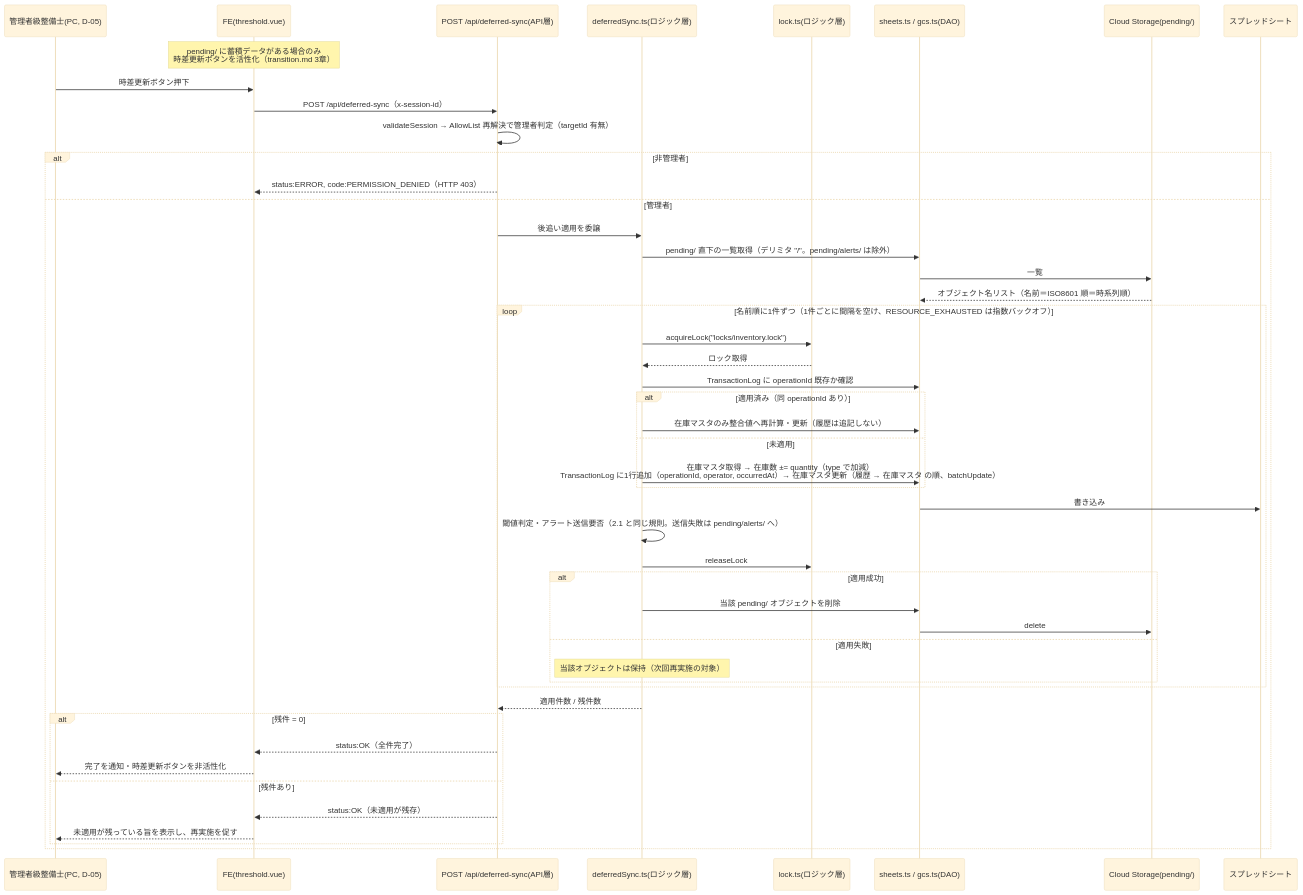
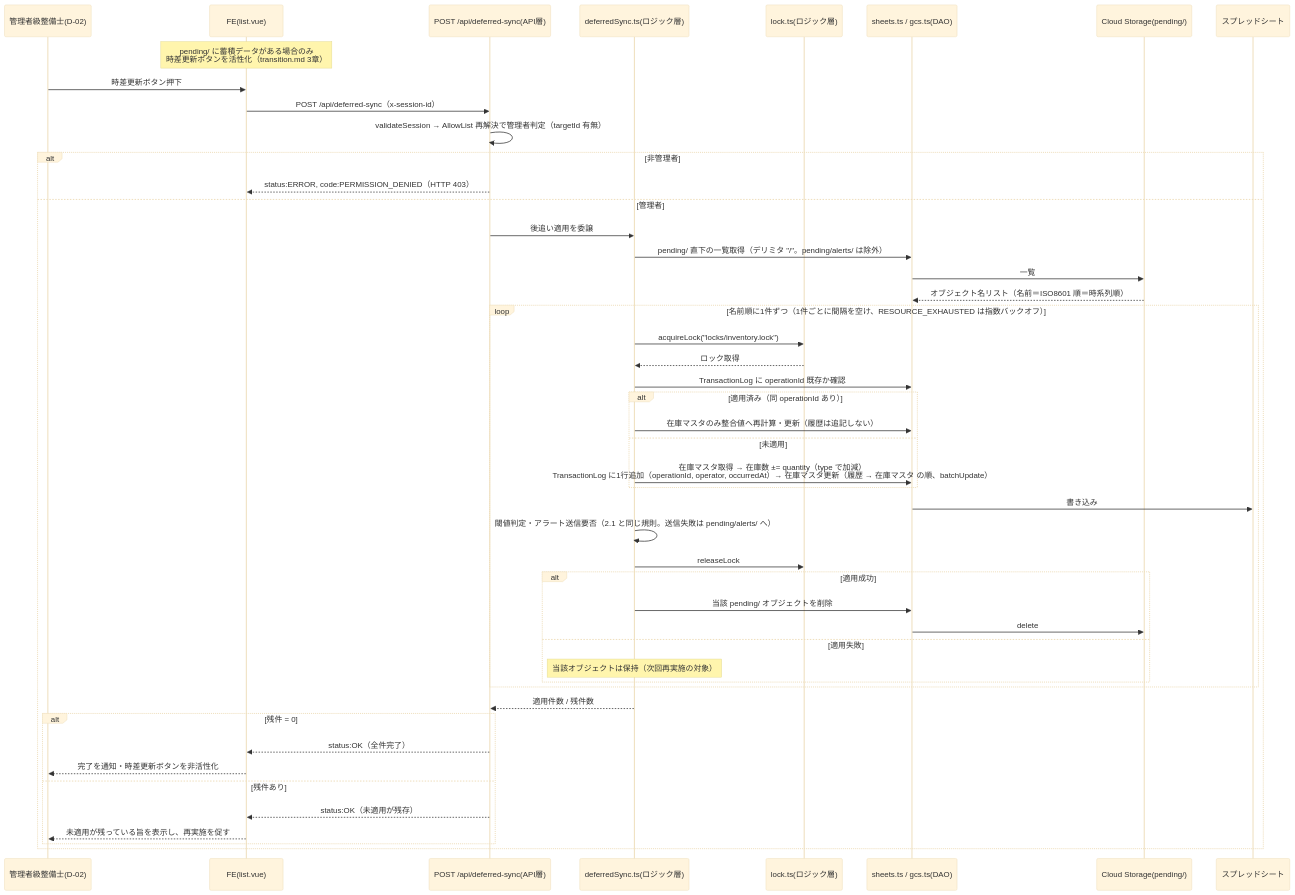
The fourth of 6 diagrams in docs/architecture/sequence.md (shinichi-yoshida-16/inventory_system_v2), drawn with Mermaid (base theme) before and after one commit. The commit also changed other lines of this file and 7 other files, not shown here.

````diff
--- a/docs/architecture/sequence.md
+++ b/docs/architecture/sequence.md
@@ -276,51 +276,51 @@
 ```mermaid
 sequenceDiagram
-    participant Adm as 管理者級整備士(PC, D-05)
-    participant FE as FE(threshold.vue)
+    participant Adm as 管理者級整備士(D-02)
+    participant FE as FE(list.vue)
     participant API as POST /api/deferred-sync(API層)
     participant Sync as deferredSync.ts(ロジック層)
     participant Lock as lock.ts(ロジック層)
     participant DAO as sheets.ts / gcs.ts(DAO)
     participant GCS as Cloud Storage(pending/)
     participant SS as スプレッドシート
 
     Note over FE: pending/ に蓄積データがある場合のみ<br/>時差更新ボタンを活性化（transition.md 3章）
     Adm->>FE: 時差更新ボタン押下
     FE->>API: POST /api/deferred-sync（x-session-id）
     API->>API: validateSession → AllowList 再解決で管理者判定（targetId 有無）
     alt 非管理者
         API-->>FE: status:ERROR, code:PERMISSION_DENIED（HTTP 403）
     else 管理者
         API->>Sync: 後追い適用を委譲
         Sync->>DAO: pending/ 直下の一覧取得（デリミタ "/"。pending/alerts/ は除外）
         DAO->>GCS: 一覧
         GCS-->>DAO: オブジェクト名リスト（名前＝ISO8601 順＝時系列順）
         loop 名前順に1件ずつ（1件ごとに間隔を空け、RESOURCE_EXHAUSTED は指数バックオフ）
             Sync->>Lock: acquireLock("locks/inventory.lock")
             Lock-->>Sync: ロック取得
             Sync->>DAO: TransactionLog に operationId 既存か確認
             alt 適用済み（同 operationId あり）
                 Sync->>DAO: 在庫マスタのみ整合値へ再計算・更新（履歴は追記しない）
             else 未適用
                 Sync->>DAO: 在庫マスタ取得 → 在庫数 ±= quantity（type で加減）<br/>TransactionLog に1行追加（operationId, operator, occurredAt）→ 在庫マスタ更新（履歴 → 在庫マスタ の順、batchUpdate）
             end
             DAO->>SS: 書き込み
             Sync->>Sync: 閾値判定・アラート送信要否（2.1 と同じ規則。送信失敗は pending/alerts/ へ）
             Sync->>Lock: releaseLock
             alt 適用成功
                 Sync->>DAO: 当該 pending/ オブジェクトを削除
                 DAO->>GCS: delete
             else 適用失敗
                 Note over Sync: 当該オブジェクトは保持（次回再実施の対象）
             end
         end
         Sync-->>API: 適用件数 / 残件数
         alt 残件 = 0
             API-->>FE: status:OK（全件完了）
             FE-->>Adm: 完了を通知・時差更新ボタンを非活性化
         else 残件あり
             API-->>FE: status:OK（未適用が残存）
             FE-->>Adm: 未適用が残っている旨を表示し、再実施を促す
         end
     end
 ```
````
